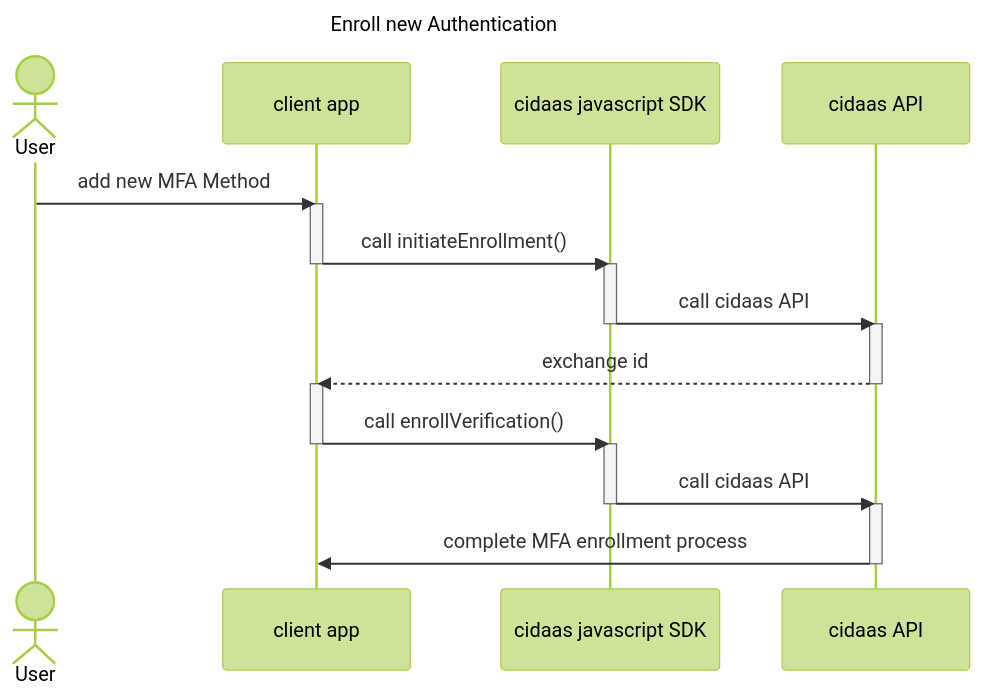
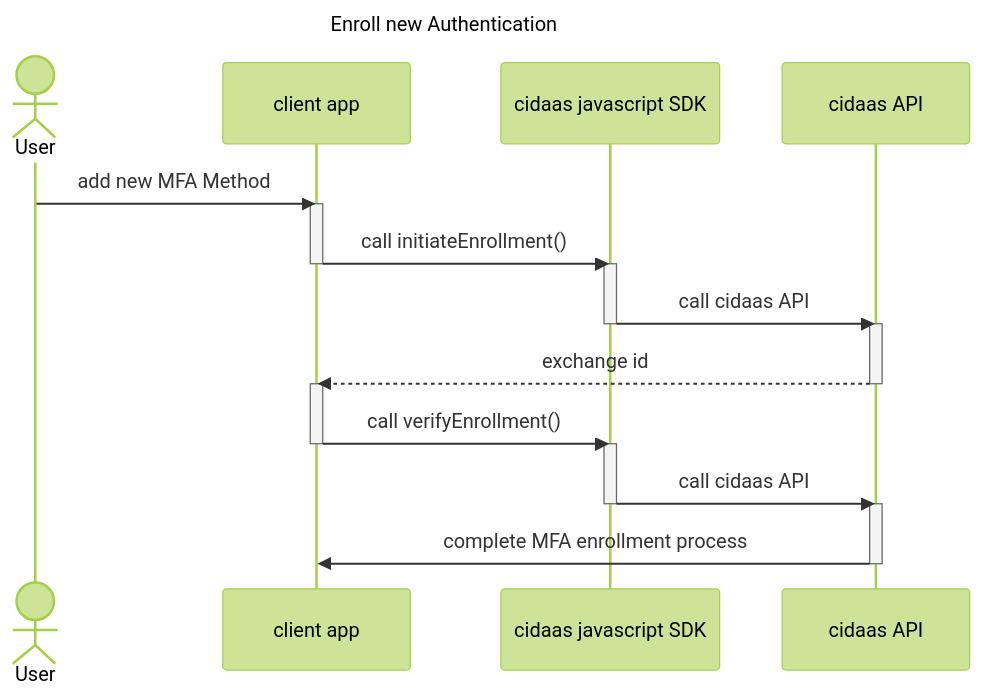
The second of 2 diagrams in overview/multifactor-authentication.md (cidaas/cidaas-javascript-sdk), drawn with Mermaid (forest theme) before and after one commit. The commit also changed other lines of this file and 12 other files, not shown here.

First line of the commit message:
feat(verification)!: v6 VerificationService authentication and enrollment APIs

````diff
--- a/overview/multifactor-authentication.md
+++ b/overview/multifactor-authentication.md
@@ -74,36 +82,36 @@
 ```mermaid
 ---
 title: Enroll new Authentication
 ---
 sequenceDiagram
   Actor User
   participant ClientApp as client app
   participant CidaasSDK as cidaas javascript SDK
   participant CidaasAPI as cidaas API
 
 User ->> ClientApp: add new MFA Method
 
 activate ClientApp
 ClientApp ->> CidaasSDK: call initiateEnrollment()
 deactivate ClientApp
 
 activate CidaasSDK
 CidaasSDK ->> CidaasAPI: call cidaas API
 deactivate CidaasSDK
 
 activate CidaasAPI
 CidaasAPI -->> ClientApp: exchange id
 deactivate CidaasAPI
 
 activate ClientApp
-ClientApp ->> CidaasSDK: call enrollVerification()
+ClientApp ->> CidaasSDK: call verifyEnrollment()
 deactivate ClientApp
 
 activate CidaasSDK
 CidaasSDK ->> CidaasAPI: call cidaas API
 deactivate CidaasSDK
 
 activate CidaasAPI
 CidaasAPI ->> ClientApp: complete MFA enrollment process
 deactivate CidaasAPI
 ```
````
